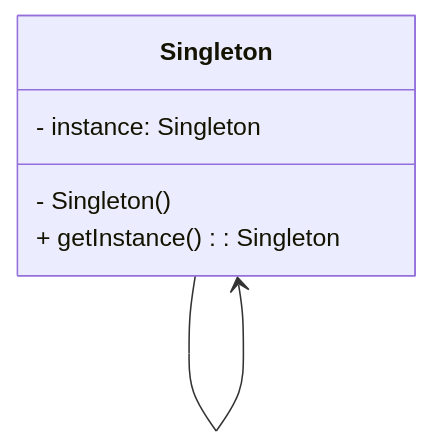
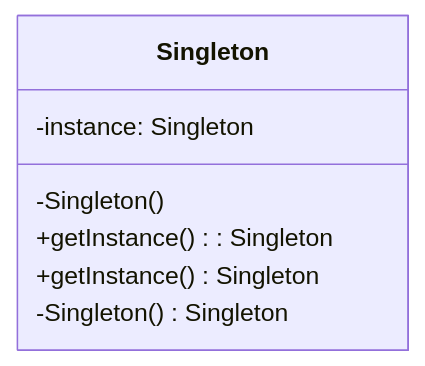
The diagram in SingletonPattern.md (VrejHambardzumyan/DesignPatterns), drawn with Mermaid before and after one commit.

Commit message:
SingletonPattern.md

````diff
--- a/SingletonPattern.md
+++ b/SingletonPattern.md
@@ -89,10 +89,13 @@
 ```mermaid
 classDiagram
     class Singleton {
-        - instance: Singleton
-        - Singleton()
-        + getInstance() : Singleton
+        -instance: Singleton
+        -Singleton()
+        +getInstance(): Singleton
     }
-    Singleton --> Singleton
+
+    Singleton : +getInstance() Singleton
+    Singleton : -Singleton() Singleton
+
 
 ```
````
